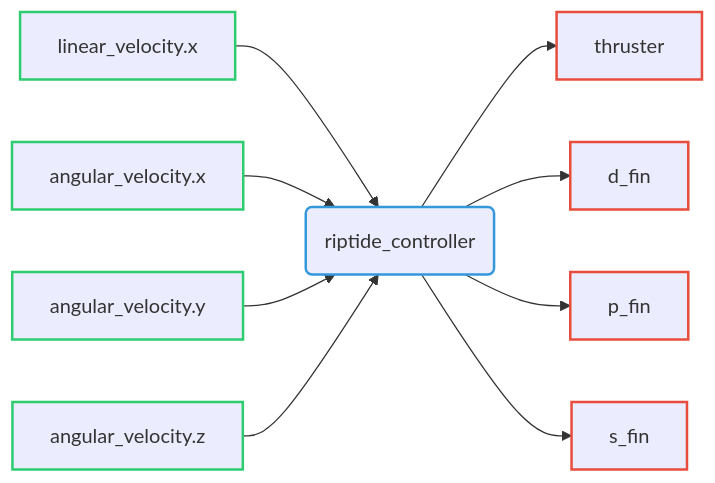
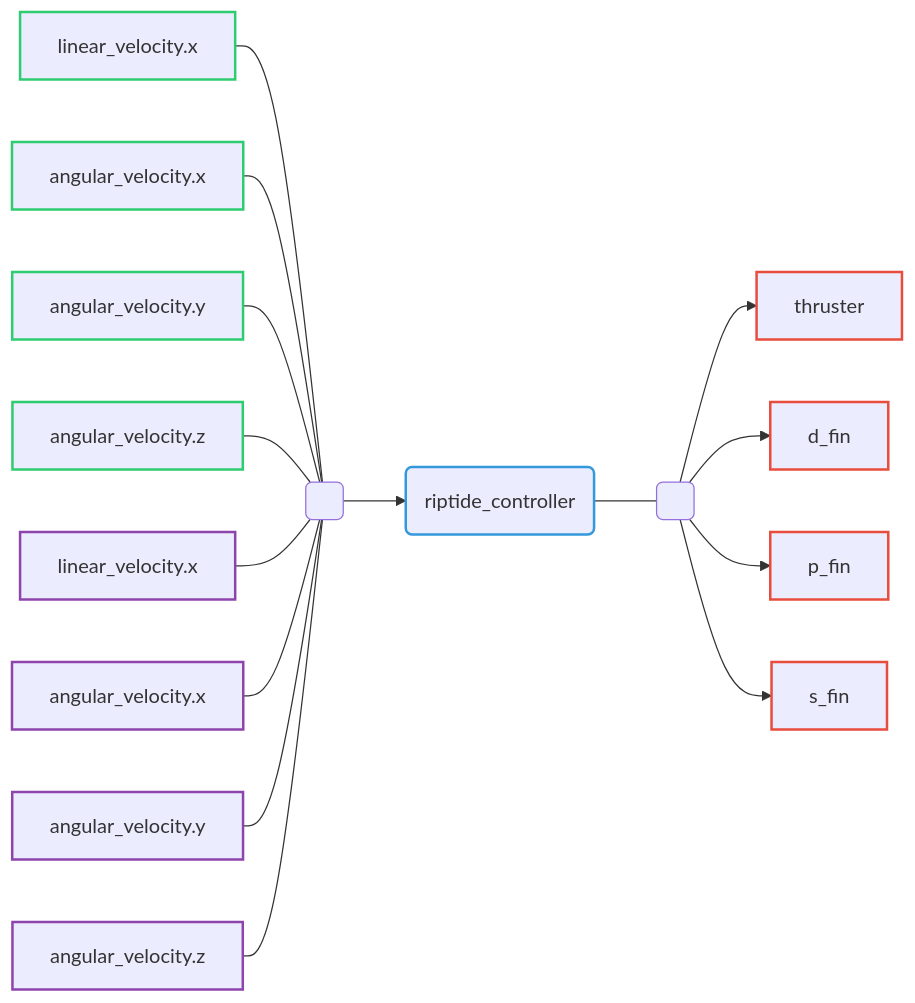
The diagram in docs/ros2control/controllers/riptide_controller.md (Riptide-team/riptide-team.github.io), drawn with Mermaid before and after one commit. The commit also changed 6 other files, not shown here.

````diff
--- a/docs/ros2control/controllers/riptide_controller.md
+++ b/docs/ros2control/controllers/riptide_controller.md
@@ -5,10 +5,16 @@
 ```mermaid
-flowchart LR
-    s1[linear_velocity.x] & s2[angular_velocity.x] & s3[angular_velocity.y] & s4[angular_velocity.z] --> c(riptide_controller) --> c1[thruster] & c2[d_fin] & c3[p_fin] & c4[s_fin]
+graph LR
+    s1[linear_velocity.x] & s2[angular_velocity.x] & s3[angular_velocity.y] & s4[angular_velocity.z] --- S( ):::empty
+    r1[linear_velocity.x] & r2[angular_velocity.x] & r3[angular_velocity.y] & r4[angular_velocity.z] --- S
+    S --> c(riptide_controller) --- C( ):::empty
+    C --> c1[thruster] & c2[d_fin] & c3[p_fin] & c4[s_fin]
     class s1,s2,s3,s4 state;
     class c1,c2,c3,c4 command;
+    class r1,r2,r3,r4 reference;
     class c controller;
     classDef state stroke:#2ecc71,stroke-width:2px;
     classDef controller stroke:#3498db,stroke-width:2px;
     classDef command stroke:#e74c3c,stroke-width:2px;
+    classDef reference stroke:#8e44ad,stroke-width:2px;
+    classDef empty width:-1px,height:-1px;
 ```
````
